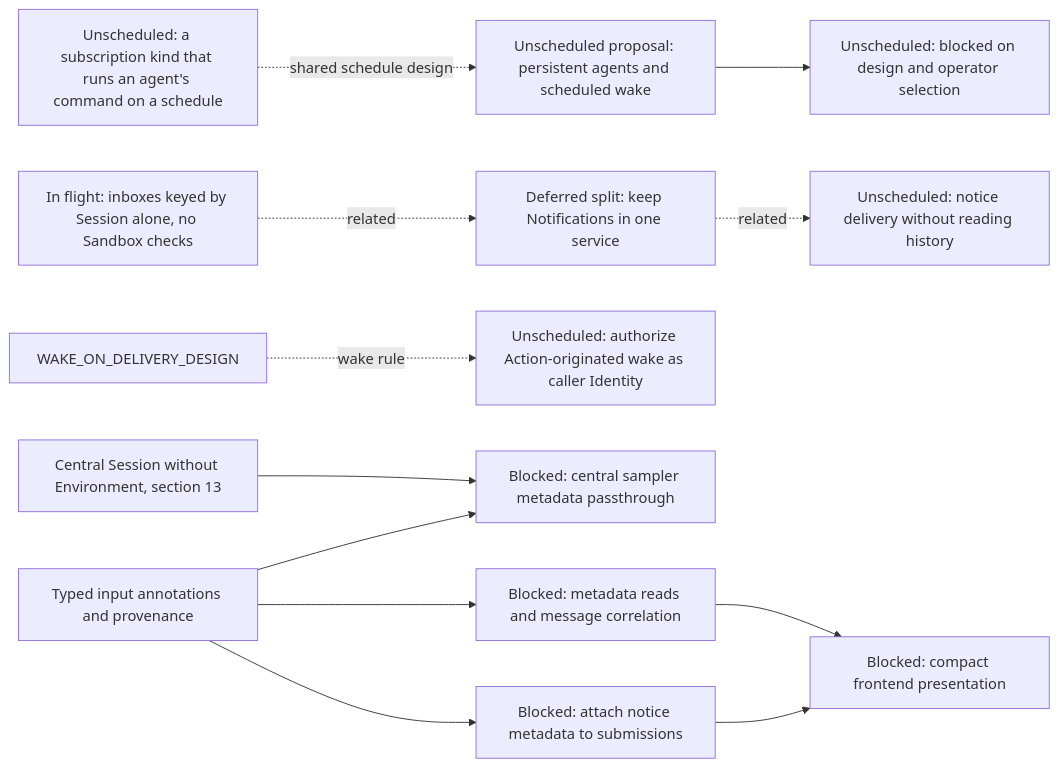
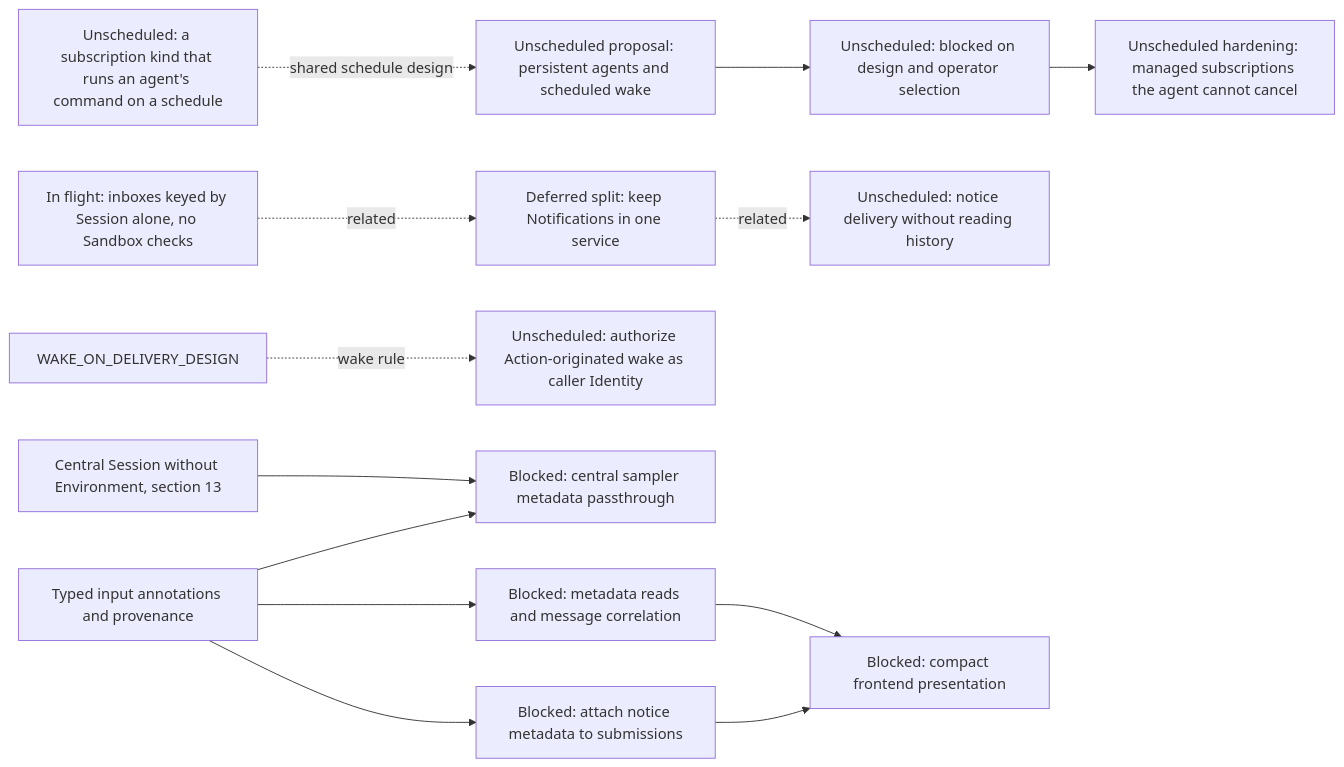
The fourth of 20 diagrams in agentplane/plans/task_dag.md (agentydragon/ducktape), drawn with Mermaid before and after one commit. The commit also changed other lines of this file and 1 other file, not shown here.

First line of the commit message:
Add MANAGED_SUBSCRIPTION_PROTECTION as later hardening

````diff
--- a/agentplane/plans/task_dag.md
+++ b/agentplane/plans/task_dag.md
@@ -291,27 +291,29 @@
 ```mermaid
 flowchart LR
     SCHEDULED_AGENT_WAKE_DESIGN[Unscheduled proposal: persistent agents and scheduled wake]
     SCHEDULED_AGENT_WAKE[Unscheduled: blocked on design and operator selection]
     SCHEDULED_AGENT_WAKE_DESIGN --> SCHEDULED_AGENT_WAKE
+    MANAGED_SUBSCRIPTION_PROTECTION[Unscheduled hardening: managed subscriptions the agent cannot cancel]
+    SCHEDULED_AGENT_WAKE --> MANAGED_SUBSCRIPTION_PROTECTION
     NOTIFICATION_COMMAND_OUTCOME_DESIGN[Unscheduled: notice delivery without reading history]
     NOTIFICATION_SERVICE_SPLIT[Deferred split: keep Notifications in one service]
     NOTIFICATION_SERVICE_SPLIT -. related .-> NOTIFICATION_COMMAND_OUTCOME_DESIGN
     COMMAND_WATCH_SUBSCRIPTION_DESIGN[Unscheduled: a subscription kind that runs an agent's command on a schedule]
     COMMAND_WATCH_SUBSCRIPTION_DESIGN -. shared schedule design .-> SCHEDULED_AGENT_WAKE_DESIGN
     INBOX_SESSION_KEYING[In flight: inboxes keyed by Session alone, no Sandbox checks]
     INBOX_SESSION_KEYING -. related .-> NOTIFICATION_SERVICE_SPLIT
     ACTION_WAKE_AS_IDENTITY[Unscheduled: authorize Action-originated wake as caller Identity]
     WAKE_ON_DELIVERY_DESIGN -. wake rule .-> ACTION_WAKE_AS_IDENTITY
     SESSION_INPUT_METADATA[Typed input annotations and provenance]
     CENTRAL_SESSION_WITHOUT_ENVIRONMENT[Central Session without Environment, section 13]
     CENTRAL_SESSION_INPUT_METADATA[Blocked: central sampler metadata passthrough]
     SESSION_INPUT_METADATA --> CENTRAL_SESSION_INPUT_METADATA
     CENTRAL_SESSION_WITHOUT_ENVIRONMENT --> CENTRAL_SESSION_INPUT_METADATA
     SESSION_INPUT_METADATA_READ[Blocked: metadata reads and message correlation]
     NOTIFICATION_NOTICE_METADATA[Blocked: attach notice metadata to submissions]
     NOTIFICATION_PRESENTATION[Blocked: compact frontend presentation]
     SESSION_INPUT_METADATA --> SESSION_INPUT_METADATA_READ
     SESSION_INPUT_METADATA --> NOTIFICATION_NOTICE_METADATA
     SESSION_INPUT_METADATA_READ --> NOTIFICATION_PRESENTATION
     NOTIFICATION_NOTICE_METADATA --> NOTIFICATION_PRESENTATION
 ```
````
